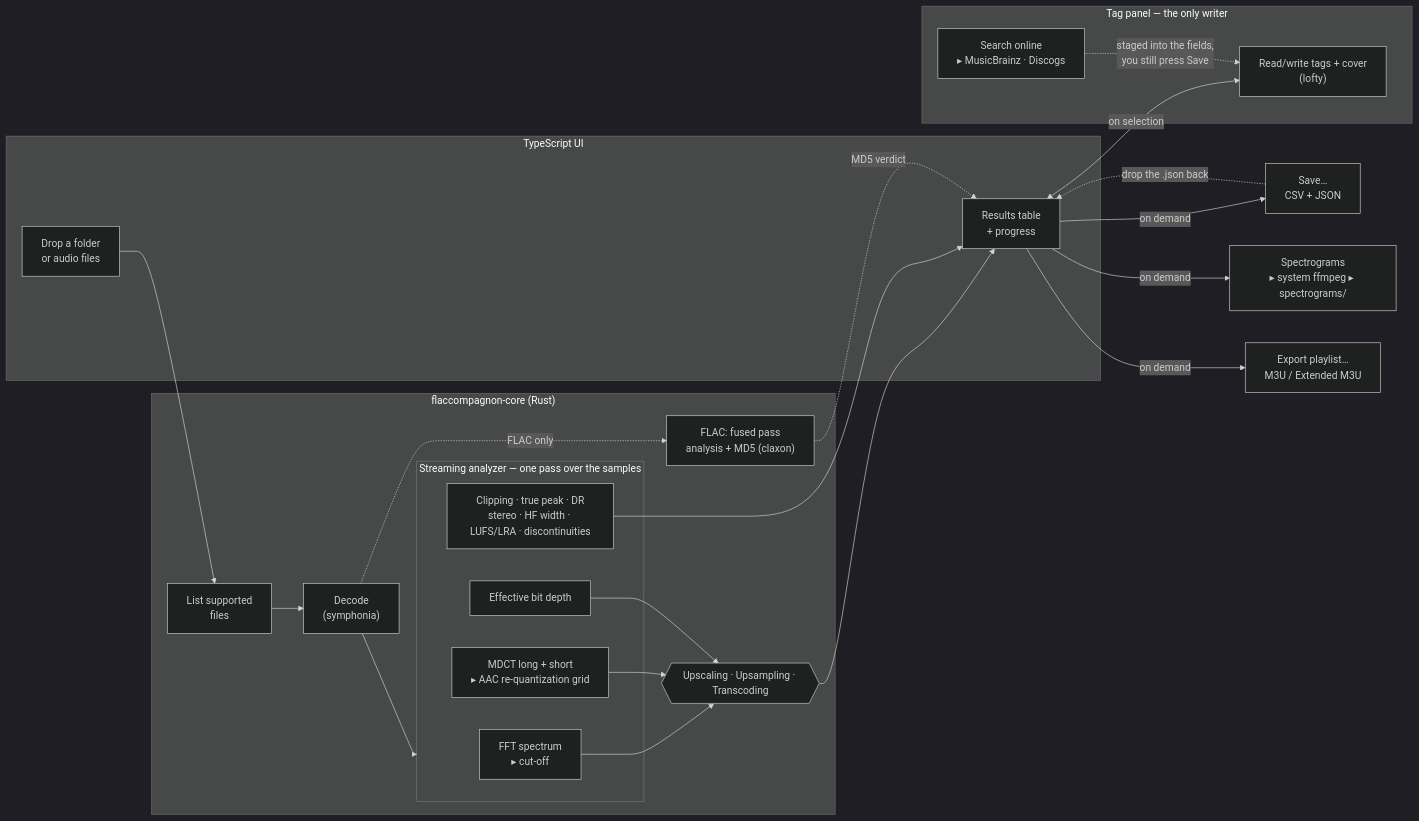
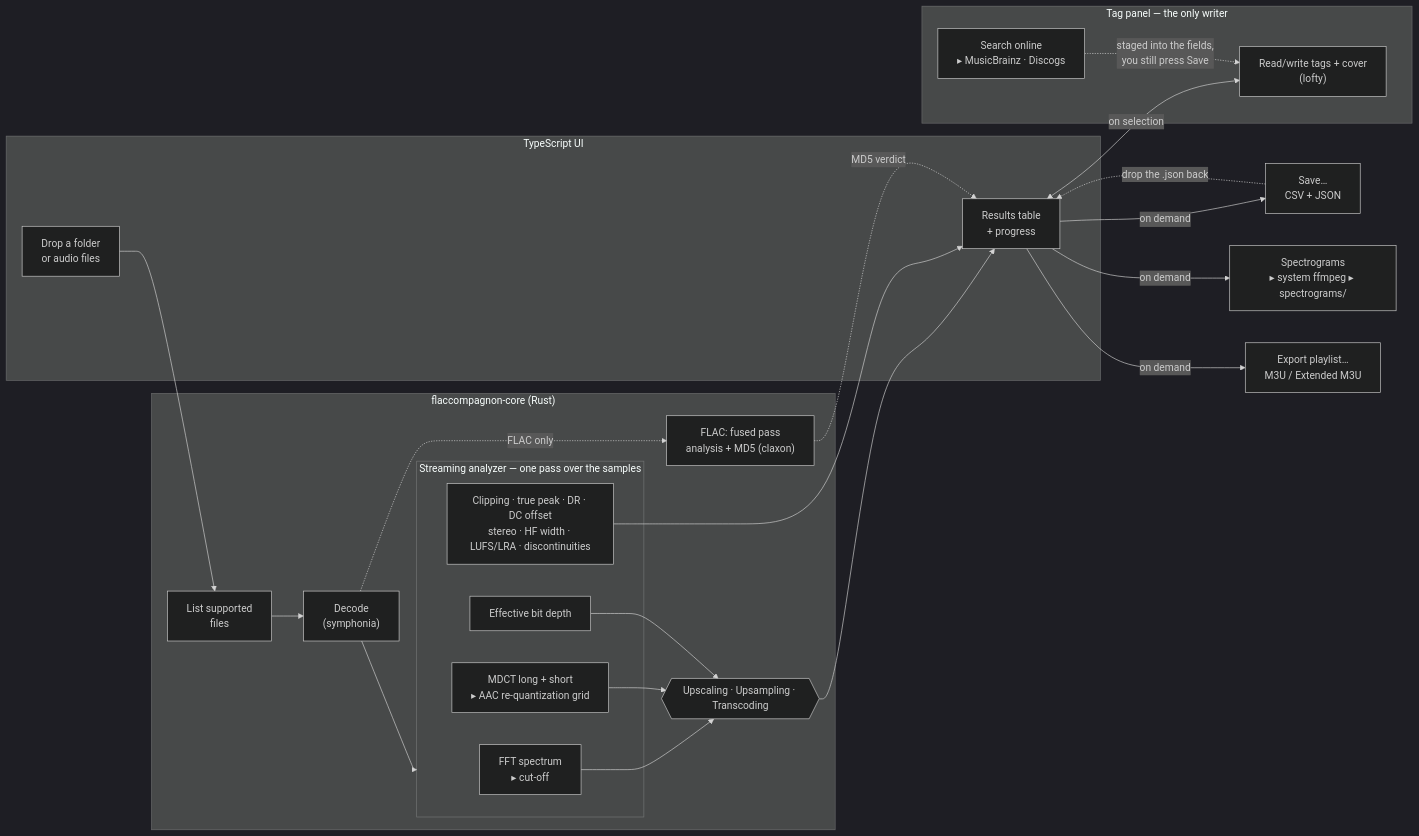
One commit to craft-and-code/FlacCompagnon changed the diagram in README.md. Above: the diagram before and after it, drawn with Mermaid (dark theme). The commit also changed other lines of this file and 23 other files, not shown here.

````diff
--- a/README.md
+++ b/README.md
@@ -180,44 +181,44 @@
 ```mermaid
 flowchart LR
     subgraph UI["TypeScript UI"]
         drop["Drop a folder<br/>or audio files"]
         table["Results table<br/>+ progress"]
     end
 
     subgraph core["flaccompagnon-core (Rust)"]
         list["List supported<br/>files"]
         decode["Decode<br/>(symphonia)"]
         fused["FLAC: fused pass<br/>analysis + MD5 (claxon)"]
 
         subgraph analyzer["Streaming analyzer — one pass over the samples"]
             fft["FFT spectrum<br/>▸ cut-off"]
             mdct["MDCT long + short<br/>▸ AAC re-quantization grid"]
             bits["Effective bit depth"]
-            levels["Clipping · true peak · DR<br/>stereo · HF width · LUFS/LRA · discontinuities"]
+            levels["Clipping · true peak · DR · DC offset<br/>stereo · HF width · LUFS/LRA · discontinuities"]
         end
 
         verdict{{"Upscaling · Upsampling · Transcoding"}}
     end
 
     save["Save…<br/>CSV + JSON"]
     spectro["Spectrograms<br/>▸ system ffmpeg ▸ spectrograms/"]
     m3u["Export playlist…<br/>M3U / Extended M3U"]
 
     subgraph tagging["Tag panel — the only writer"]
         tags["Read/write tags + cover<br/>(lofty)"]
         online["Search online<br/>▸ MusicBrainz · Discogs"]
     end
 
     drop --> list --> decode --> analyzer
     decode -.->|FLAC only| fused
     fft & mdct & bits --> verdict
     verdict --> table
     levels --> table
     fused -.->|MD5 verdict| table
     table -->|on demand| save
     table -->|on demand| spectro
     table -->|on demand| m3u
     save -.->|drop the .json back| table
     table <-->|on selection| tags
     online -.->|staged into the fields,<br/>you still press Save| tags
 ```
````
